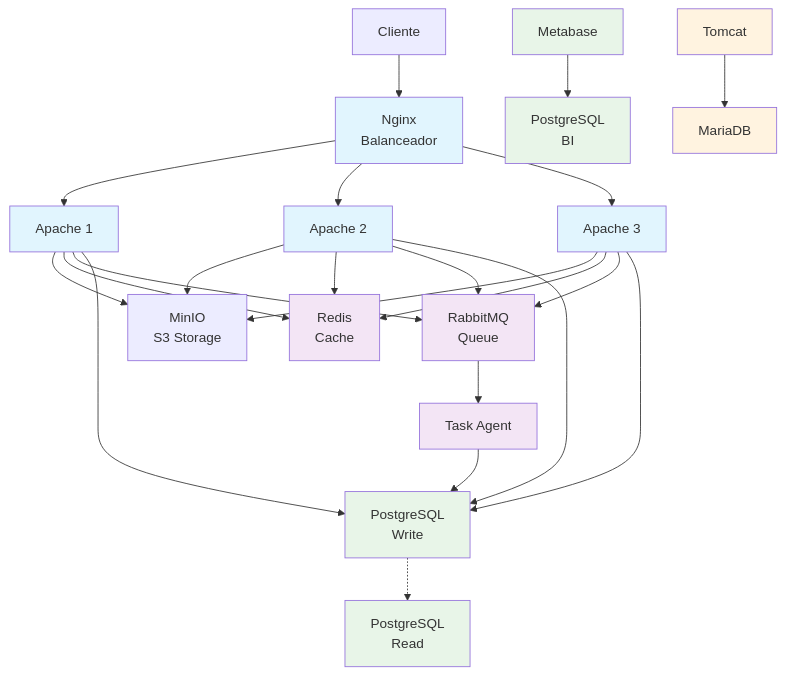
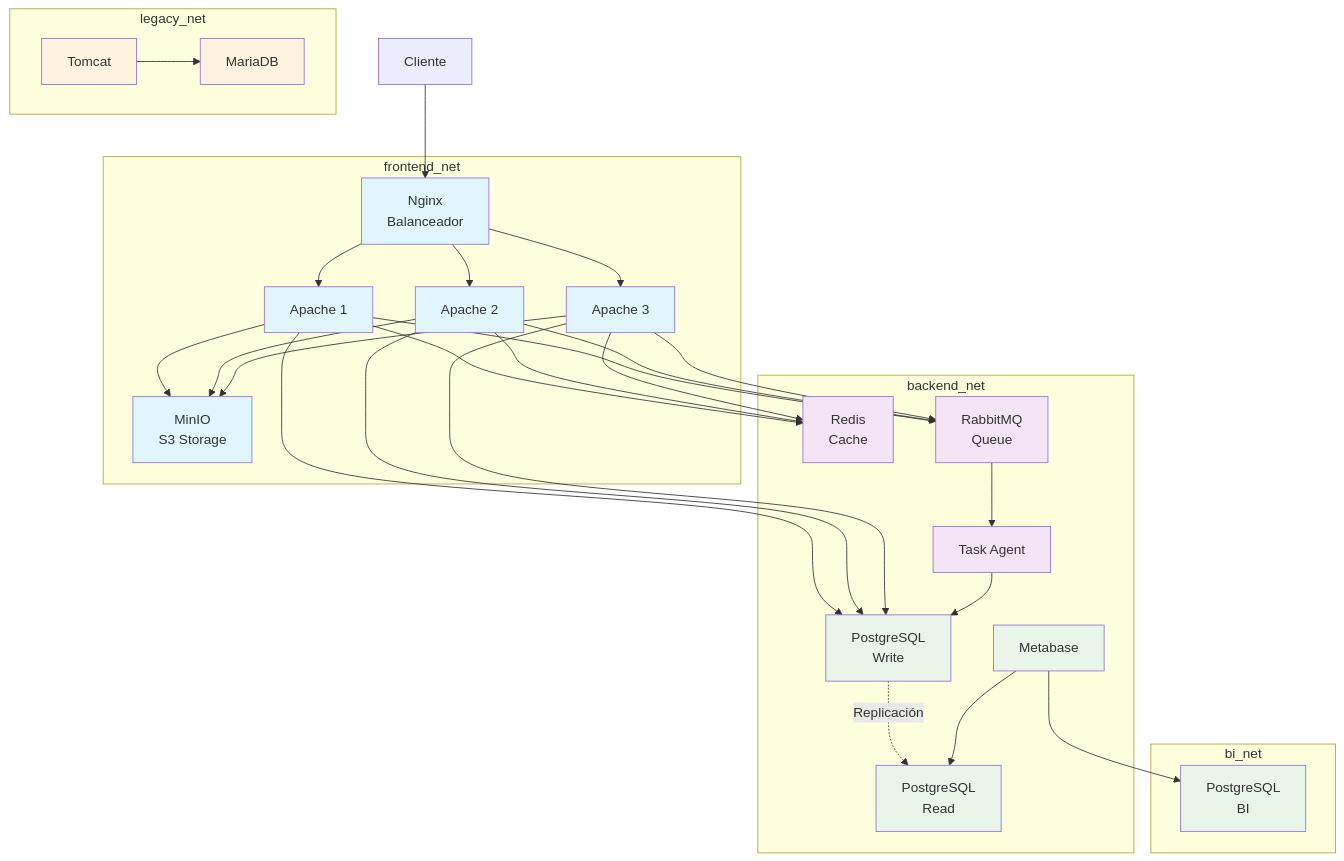
The diagram in DEPLOYMENT.md (scryptocybershield/practica04), drawn with Mermaid before and after one commit.

Commit message:
Update DEPLOYMENT.md diagram to match current architecture
- Added network subgraphs (frontend_net, backend_net, bi_net, legacy_net)
- Show Metabase connection to postgres_read for BI analytics
- Show replication from postgres_write to postgres_read
- Added MinIO to frontend_net
- Improved visual organization with network grouping

````diff
--- a/DEPLOYMENT.md
+++ b/DEPLOYMENT.md
@@ -111,35 +111,47 @@
 ```mermaid
 graph TB
     CLIENT[Cliente] --> LB[Nginx<br/>Balanceador]
-    LB --> A1[Apache 1]
-    LB --> A2[Apache 2]
-    LB --> A3[Apache 3]
     
-    A1 & A2 & A3 --> MINIO[MinIO<br/>S3 Storage]
-    A1 & A2 & A3 --> REDIS[Redis<br/>Cache]
-    A1 & A2 & A3 --> RABBIT[RabbitMQ<br/>Queue]
-    A1 & A2 & A3 --> PG_W[PostgreSQL<br/>Write]
+    subgraph "frontend_net"
+        LB --> A1[Apache 1]
+        LB --> A2[Apache 2]
+        LB --> A3[Apache 3]
+        A1 & A2 & A3 --> MINIO[MinIO<br/>S3 Storage]
+    end
     
-    RABBIT --> AGENT[Task Agent]
-    AGENT --> PG_W
+    subgraph "backend_net"
+        A1 & A2 & A3 --> REDIS[Redis<br/>Cache]
+        A1 & A2 & A3 --> RABBIT[RabbitMQ<br/>Queue]
+        A1 & A2 & A3 --> PG_W[PostgreSQL<br/>Write]
+        
+        RABBIT --> AGENT[Task Agent]
+        AGENT --> PG_W
+        
+        PG_W -.Replicación.-> PG_R[PostgreSQL<br/>Read]
+        
+        MB[Metabase] --> PG_R
+    end
     
-    PG_W -.-> PG_R[PostgreSQL<br/>Read]
+    subgraph "bi_net"
+        MB --> PG_BI[PostgreSQL<br/>BI]
+    end
     
-    MB[Metabase] --> PG_BI[PostgreSQL<br/>BI]
-    
-    TOMCAT[Tomcat] --> MARIA[MariaDB]
+    subgraph "legacy_net"
+        TOMCAT[Tomcat] --> MARIA[MariaDB]
+    end
     
     style LB fill:#e1f5fe
     style A1 fill:#e1f5fe
     style A2 fill:#e1f5fe
     style A3 fill:#e1f5fe
+    style MINIO fill:#e1f5fe
     style REDIS fill:#f3e5f5
     style RABBIT fill:#f3e5f5
     style AGENT fill:#f3e5f5
     style PG_W fill:#e8f5e8
     style PG_R fill:#e8f5e8
     style PG_BI fill:#e8f5e8
     style MB fill:#e8f5e8
     style TOMCAT fill:#fff3e0
     style MARIA fill:#fff3e0
 ```
````
